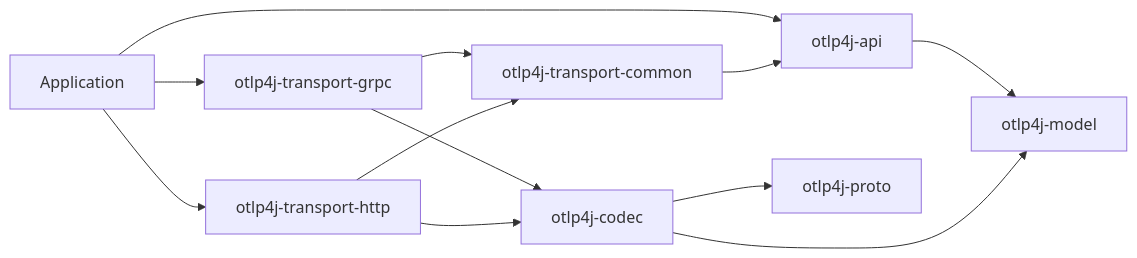
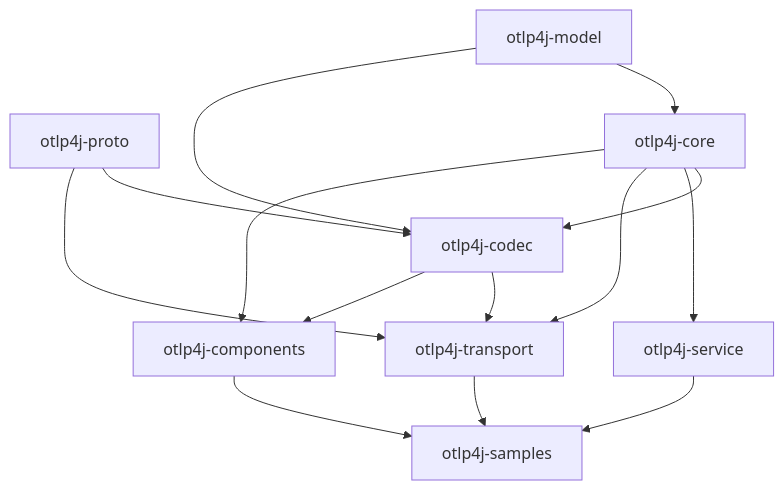
Before and after one commit to thiagogcm/otlp4j: the diagram in docs/architecture.md, drawn with Mermaid. The commit also changed other lines of this file and 42 other files, not shown here.

````diff
--- a/docs/architecture.md
+++ b/docs/architecture.md
@@ -9,14 +19,25 @@
 ```mermaid
-flowchart LR
-    application[Application] --> api[otlp4j-api]
-    application --> grpc[otlp4j-transport-grpc]
-    application --> http[otlp4j-transport-http]
-    api --> model[otlp4j-model]
-    grpc --> common[otlp4j-transport-common]
-    grpc --> codec[otlp4j-codec]
-    http --> common
-    http --> codec
-    common --> api
-    codec --> model
-    codec --> proto[otlp4j-proto]
+flowchart TD
+    model[otlp4j-model]
+    proto[otlp4j-proto]
+    core[otlp4j-core]
+    codec[otlp4j-codec]
+    service[otlp4j-service]
+    transport[otlp4j-transport]
+    components[otlp4j-components]
+    samples[otlp4j-samples]
+
+    model --> core
+    model --> codec
+    proto --> codec
+    proto --> transport
+    core --> codec
+    core --> service
+    core --> transport
+    core --> components
+    codec --> transport
+    codec --> components
+    service --> samples
+    transport --> samples
+    components --> samples
 ```
````
